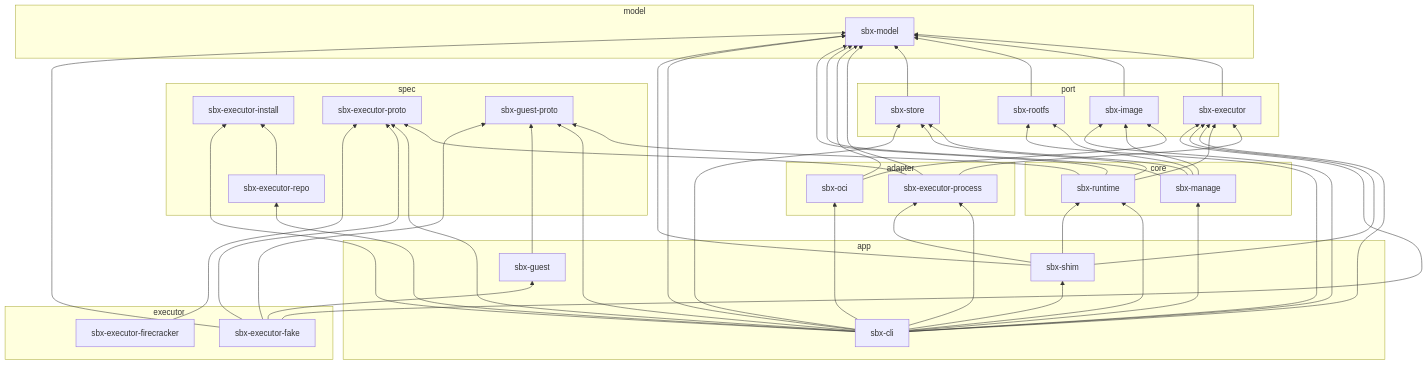
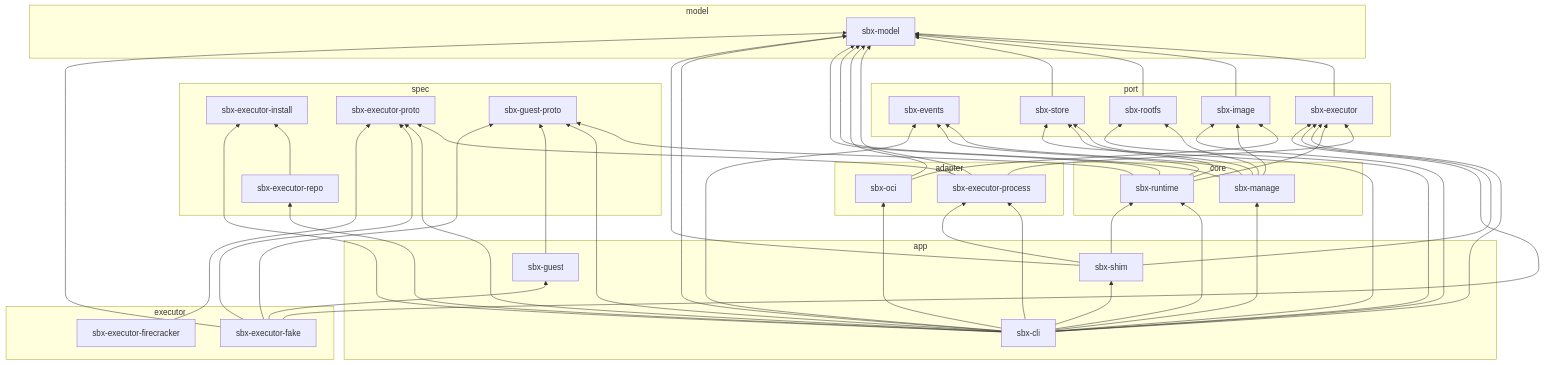
The diagram in docs/developers/crates.md (toollyst/sandbox), drawn with Mermaid before and after one commit. The commit also changed other lines of this file and 24 other files, not shown here.

First line of the commit message:
sbx events: 데몬 없이 샌드박스와 이미지 이벤트를 남기고 시각 순으로 흘린다

````diff
--- a/docs/developers/crates.md
+++ b/docs/developers/crates.md
@@ -25,78 +25,82 @@
 ```mermaid
 flowchart BT
   subgraph model
     sbx_model[sbx-model]
   end
   subgraph spec
     sbx_executor_install[sbx-executor-install]
     sbx_executor_proto[sbx-executor-proto]
     sbx_executor_repo[sbx-executor-repo]
     sbx_guest_proto[sbx-guest-proto]
   end
   subgraph port
+    sbx_events[sbx-events]
     sbx_executor[sbx-executor]
     sbx_image[sbx-image]
     sbx_rootfs[sbx-rootfs]
     sbx_store[sbx-store]
   end
   subgraph adapter
     sbx_executor_process[sbx-executor-process]
     sbx_oci[sbx-oci]
   end
   subgraph core
     sbx_manage[sbx-manage]
     sbx_runtime[sbx-runtime]
   end
   subgraph app
     sbx_cli[sbx-cli]
     sbx_guest[sbx-guest]
     sbx_shim[sbx-shim]
   end
   subgraph executor
     sbx_executor_fake[sbx-executor-fake]
     sbx_executor_firecracker[sbx-executor-firecracker]
   end
   sbx_executor_repo --> sbx_executor_install
   sbx_executor --> sbx_model
   sbx_image --> sbx_model
   sbx_rootfs --> sbx_model
   sbx_store --> sbx_model
   sbx_executor_process --> sbx_executor
   sbx_executor_process --> sbx_executor_proto
   sbx_executor_process --> sbx_model
   sbx_oci --> sbx_image
   sbx_oci --> sbx_model
+  sbx_manage --> sbx_events
   sbx_manage --> sbx_image
   sbx_manage --> sbx_model
   sbx_manage --> sbx_rootfs
   sbx_manage --> sbx_store
+  sbx_runtime --> sbx_events
   sbx_runtime --> sbx_executor
   sbx_runtime --> sbx_guest_proto
   sbx_runtime --> sbx_model
   sbx_runtime --> sbx_store
+  sbx_cli --> sbx_events
   sbx_cli --> sbx_executor
   sbx_cli --> sbx_executor_install
   sbx_cli --> sbx_executor_process
   sbx_cli --> sbx_executor_proto
   sbx_cli --> sbx_executor_repo
   sbx_cli --> sbx_guest_proto
   sbx_cli --> sbx_image
   sbx_cli --> sbx_manage
   sbx_cli --> sbx_model
   sbx_cli --> sbx_oci
   sbx_cli --> sbx_rootfs
   sbx_cli --> sbx_runtime
   sbx_cli --> sbx_shim
   sbx_cli --> sbx_store
   sbx_guest --> sbx_guest_proto
   sbx_shim --> sbx_executor
   sbx_shim --> sbx_executor_process
   sbx_shim --> sbx_model
   sbx_shim --> sbx_runtime
   sbx_executor_fake --> sbx_executor
   sbx_executor_fake --> sbx_executor_proto
   sbx_executor_fake --> sbx_guest
   sbx_executor_fake --> sbx_guest_proto
   sbx_executor_fake --> sbx_model
   sbx_executor_firecracker --> sbx_executor_proto
 ```
````
